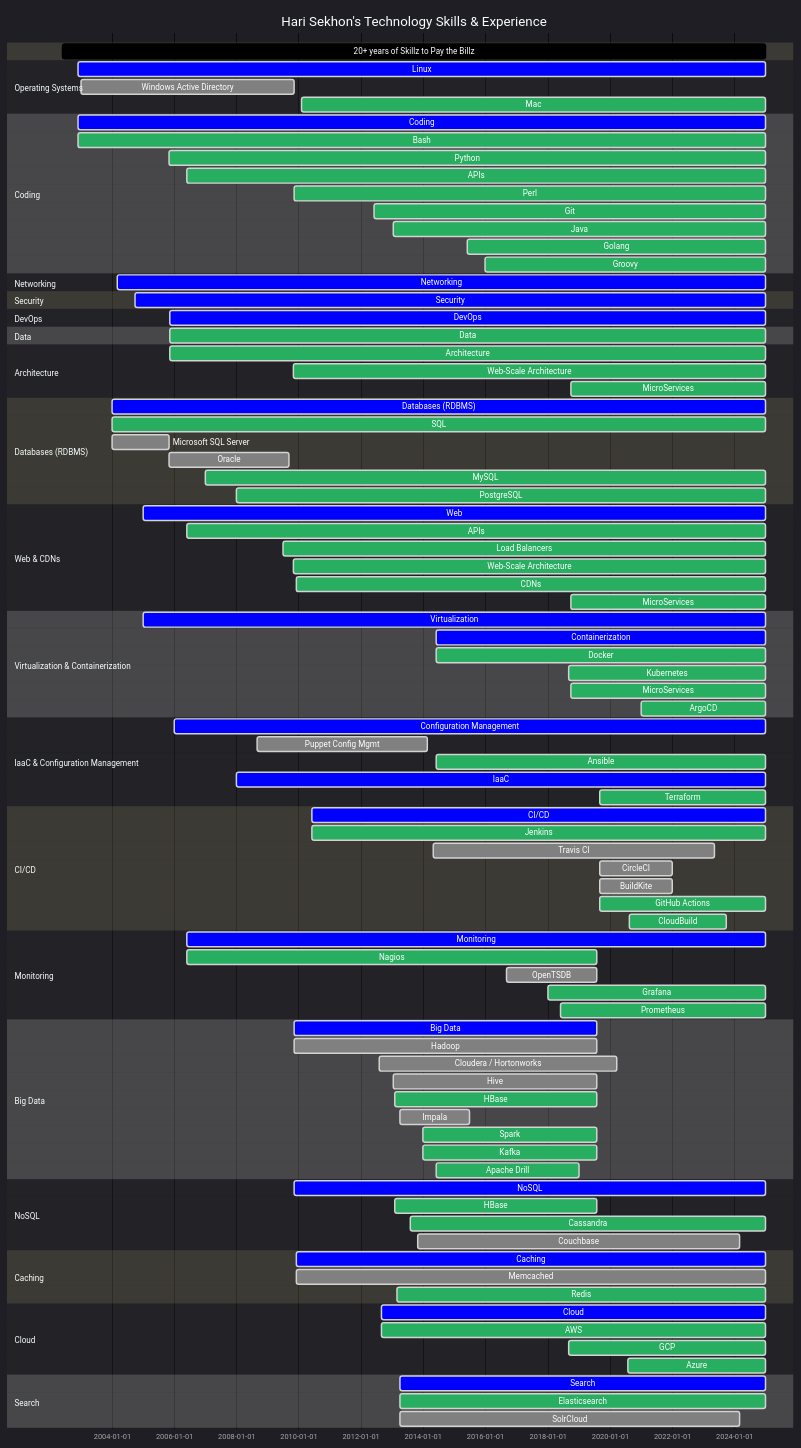
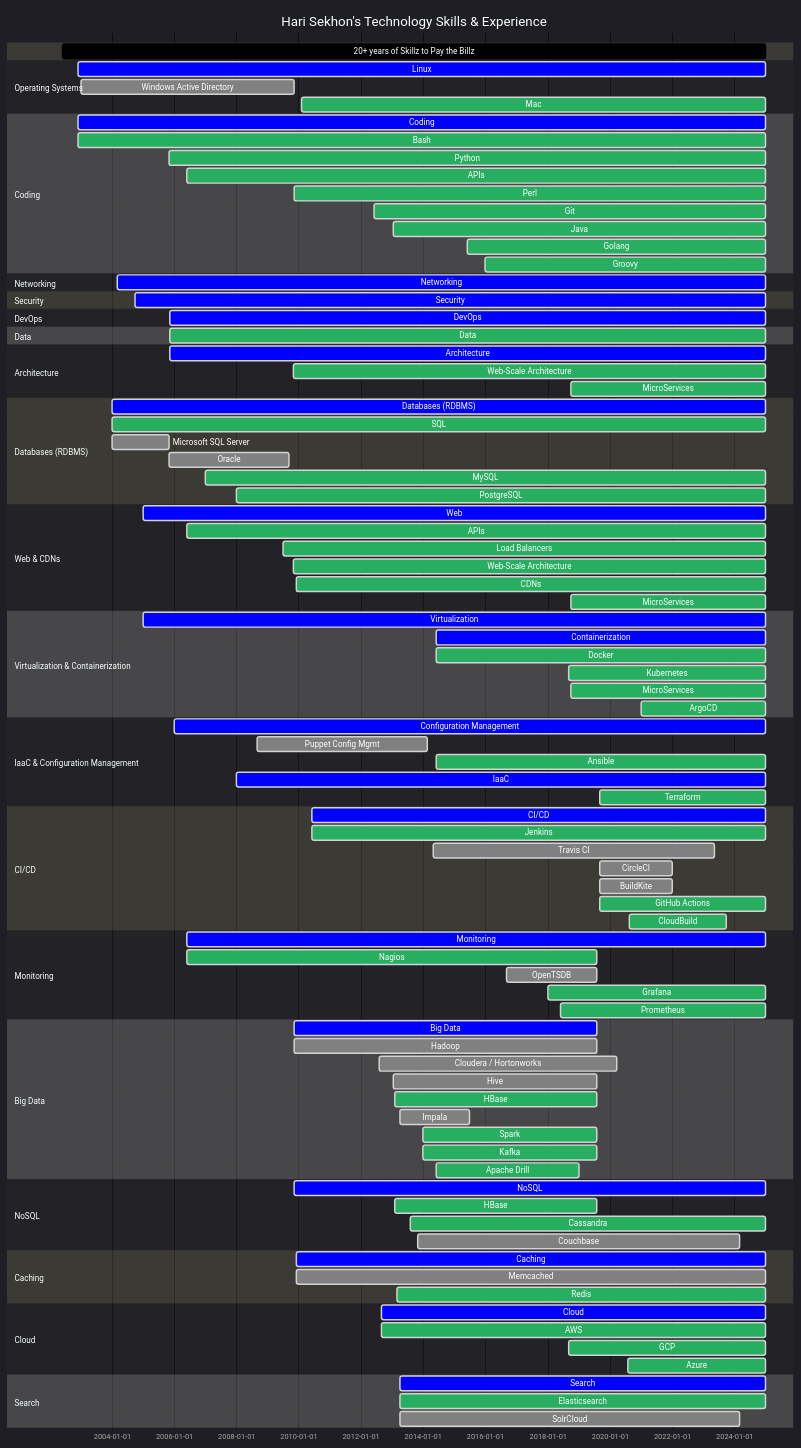
The diagram in README.md (HariSekhon/HariSekhon), drawn with Mermaid before and after one commit.

```diff
--- a/README.md
+++ b/README.md
@@ -372,7 +372,7 @@
     %%Data Science           : done, 2013-01-18, 2024-12-31
 
     section Architecture
-    Architecture            : active, 2005-11-11, 2024-12-31
+    Architecture            : crit,   2005-11-11, 2024-12-31
     Web-Scale Architecture  : active, 2009-11-01, 2024-12-31
     MicroServices           : active, 2018-10-01, 2024-12-31
 
```
